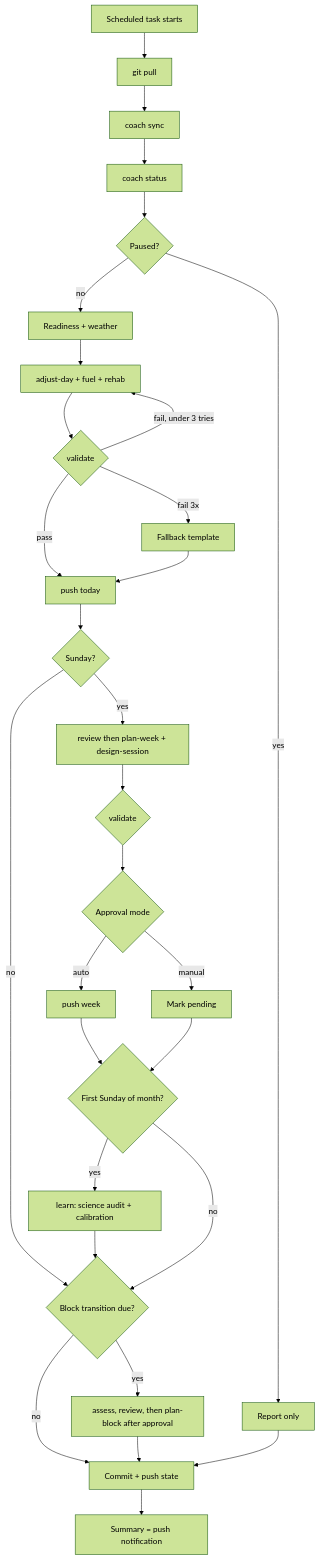
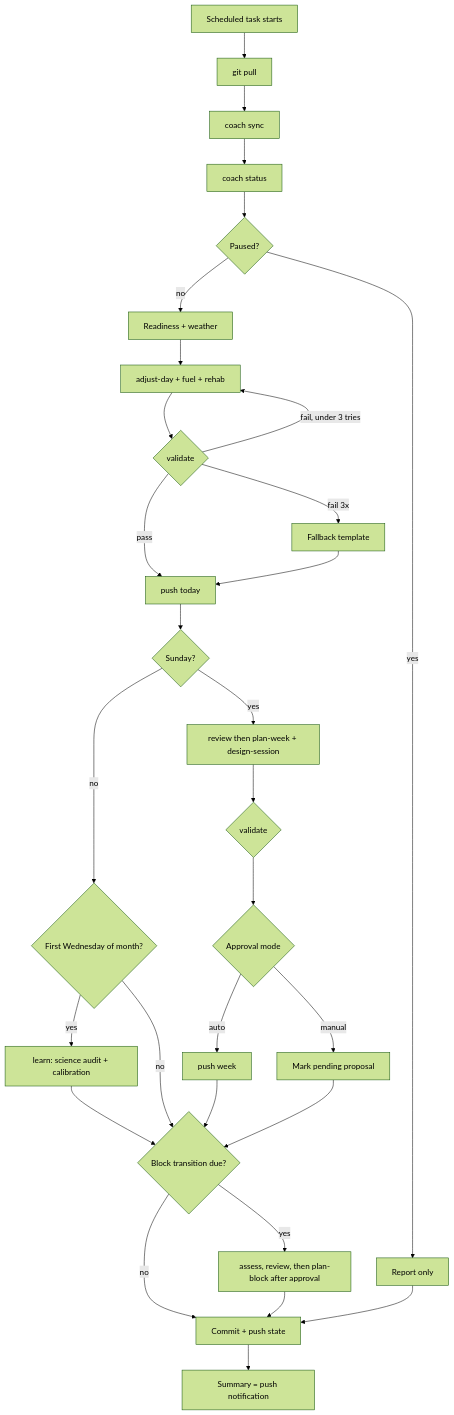
One commit to evanspill/coach changed the second of 6 diagrams in docs/BUILD_PROMPT.md. Above: the diagram before and after it, drawn with Mermaid (forest theme). The commit also changed other lines of this file, not shown here.

````diff
--- a/docs/BUILD_PROMPT.md
+++ b/docs/BUILD_PROMPT.md
@@ -429,29 +444,29 @@
 ```mermaid
 flowchart TD
   A[Scheduled task starts] --> B[git pull]
   B --> C[coach sync]
   C --> D[coach status]
   D --> E{Paused?}
   E -- yes --> Z[Report only]
   E -- no --> F[Readiness + weather]
   F --> G[adjust-day + fuel + rehab]
   G --> V1{validate}
   V1 -- fail, under 3 tries --> G
   V1 -- fail 3x --> FB[Fallback template]
   V1 -- pass --> P1[push today]
   FB --> P1
   P1 --> H{Sunday?}
   H -- yes --> WK[review then plan-week + design-session] --> V2{validate} --> AP{Approval mode}
   AP -- auto --> P2[push week]
-  AP -- manual --> PEND[Mark pending]
-  H -- no --> X
-  P2 --> SA{First Sunday of month?}
-  PEND --> SA
+  AP -- manual --> PEND[Mark pending proposal]
+  H -- no --> SA{First Wednesday of month?}
   SA -- yes --> SCI[learn: science audit + calibration] --> X
   SA -- no --> X{Block transition due?}
+  P2 --> X
+  PEND --> X
   X -- yes --> R[assess, review, then plan-block after approval]
   X -- no --> CM
   R --> CM[Commit + push state]
   Z --> CM
   CM --> NT[Summary = push notification]
 ```
````
